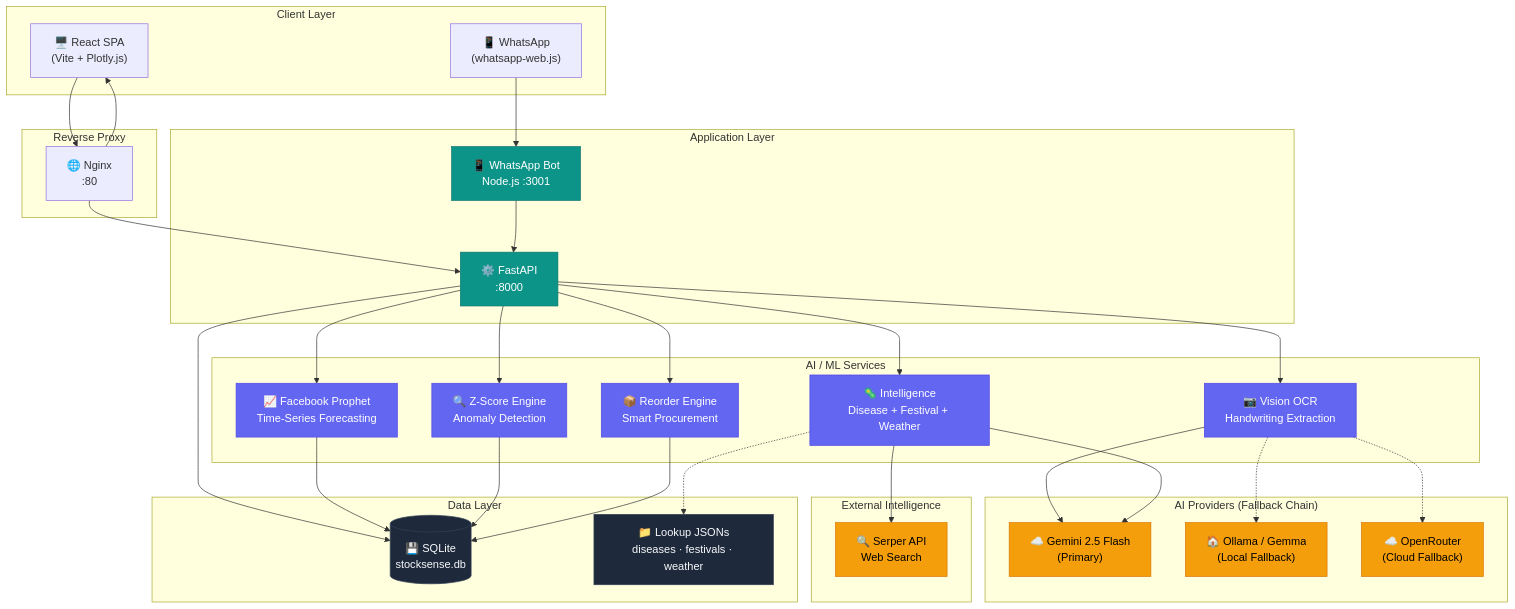
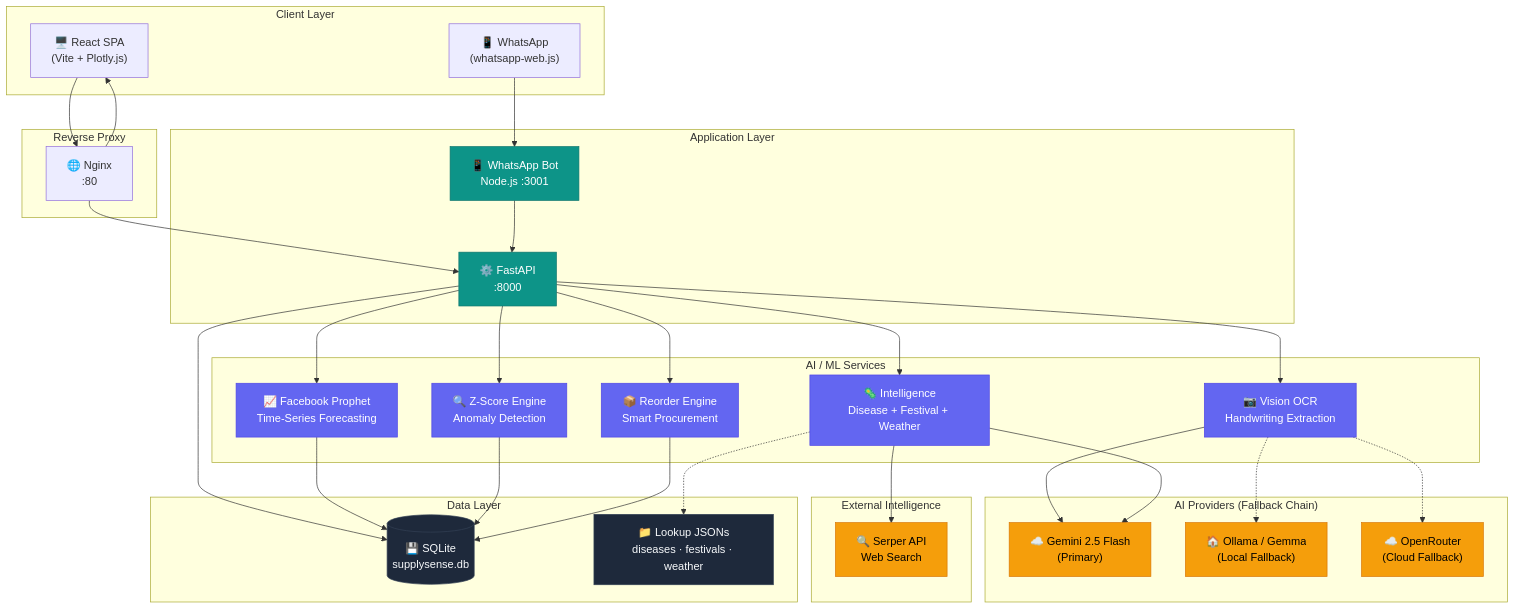
The second of 5 diagrams in README.md (Arnav1709/natwest-cfp), drawn with Mermaid before and after one commit. The commit also changed other lines of this file, not shown here.

````diff
--- a/README.md
+++ b/README.md
@@ -275,71 +275,71 @@
 ```mermaid
 graph TB
     subgraph "Client Layer"
         WEB["🖥️ React SPA<br/>(Vite + Plotly.js)"]
         WA["📱 WhatsApp<br/>(whatsapp-web.js)"]
     end
 
     subgraph "Reverse Proxy"
         NGX["🌐 Nginx<br/>:80"]
     end
 
     subgraph "Application Layer"
         API["⚙️ FastAPI<br/>:8000"]
         BOT["📱 WhatsApp Bot<br/>Node.js :3001"]
     end
 
     subgraph "AI / ML Services"
         PROPHET["📈 Facebook Prophet<br/>Time-Series Forecasting"]
         ANOMALY["🔍 Z-Score Engine<br/>Anomaly Detection"]
         OCR["📷 Vision OCR<br/>Handwriting Extraction"]
         INTEL["🦠 Intelligence<br/>Disease + Festival + Weather"]
         REORDER["📦 Reorder Engine<br/>Smart Procurement"]
     end
 
     subgraph "AI Providers (Fallback Chain)"
         GEMINI["☁️ Gemini 2.5 Flash<br/>(Primary)"]
         OLLAMA["🏠 Ollama / Gemma<br/>(Local Fallback)"]
         OPENROUTER["☁️ OpenRouter<br/>(Cloud Fallback)"]
     end
 
     subgraph "External Intelligence"
         SERPER["🔍 Serper API<br/>Web Search"]
     end
 
     subgraph "Data Layer"
-        DB[("💾 SQLite<br/>stocksense.db")]
+        DB[("💾 SQLite<br/>supplysense.db")]
         LOOKUP["📁 Lookup JSONs<br/>diseases · festivals · weather"]
     end
 
     WEB --> NGX --> API
     WA --> BOT --> API
     NGX --> WEB
 
     API --> PROPHET
     API --> ANOMALY
     API --> OCR
     API --> INTEL
     API --> REORDER
     API --> DB
 
     OCR --> GEMINI
     INTEL --> SERPER
     INTEL --> GEMINI
     OCR -.-> OLLAMA
     OCR -.-> OPENROUTER
     INTEL -.-> LOOKUP
 
     PROPHET --> DB
     ANOMALY --> DB
     REORDER --> DB
 
     classDef primary fill:#0D9488,stroke:#0F766E,color:#fff
     classDef ai fill:#6366F1,stroke:#4F46E5,color:#fff
     classDef external fill:#F59E0B,stroke:#D97706,color:#000
     classDef data fill:#1E293B,stroke:#334155,color:#F8FAFC
 
     class API,BOT primary
     class PROPHET,ANOMALY,OCR,INTEL,REORDER ai
     class GEMINI,OLLAMA,OPENROUTER,SERPER external
     class DB,LOOKUP data
 ```
````
